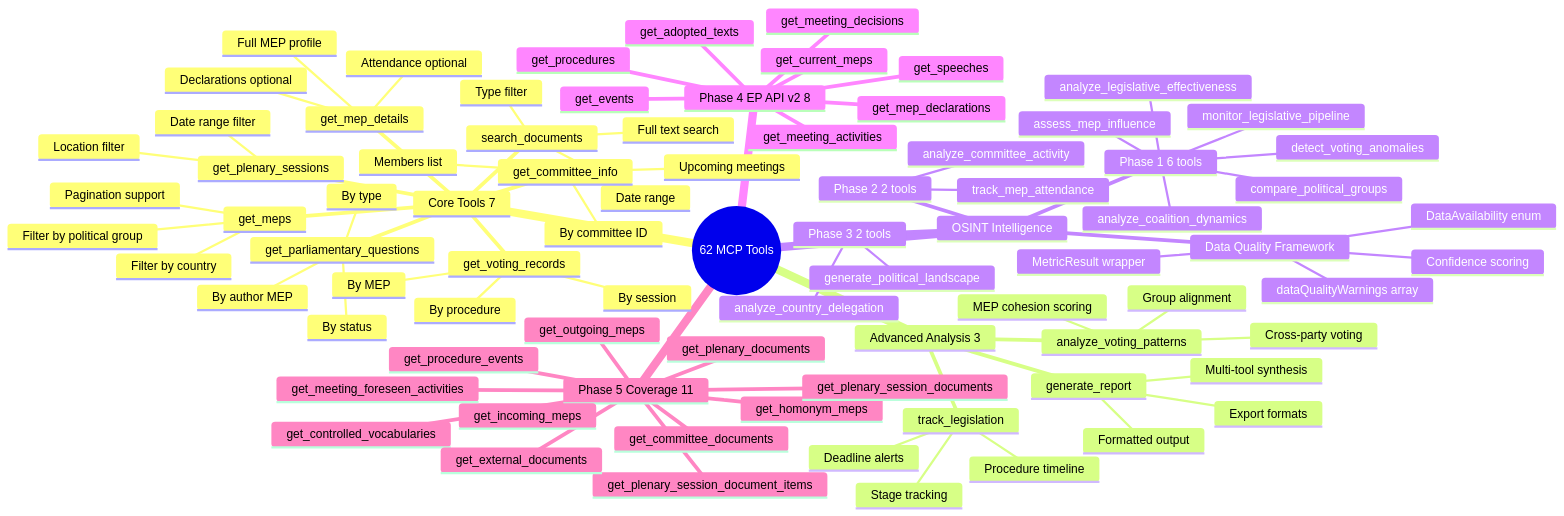
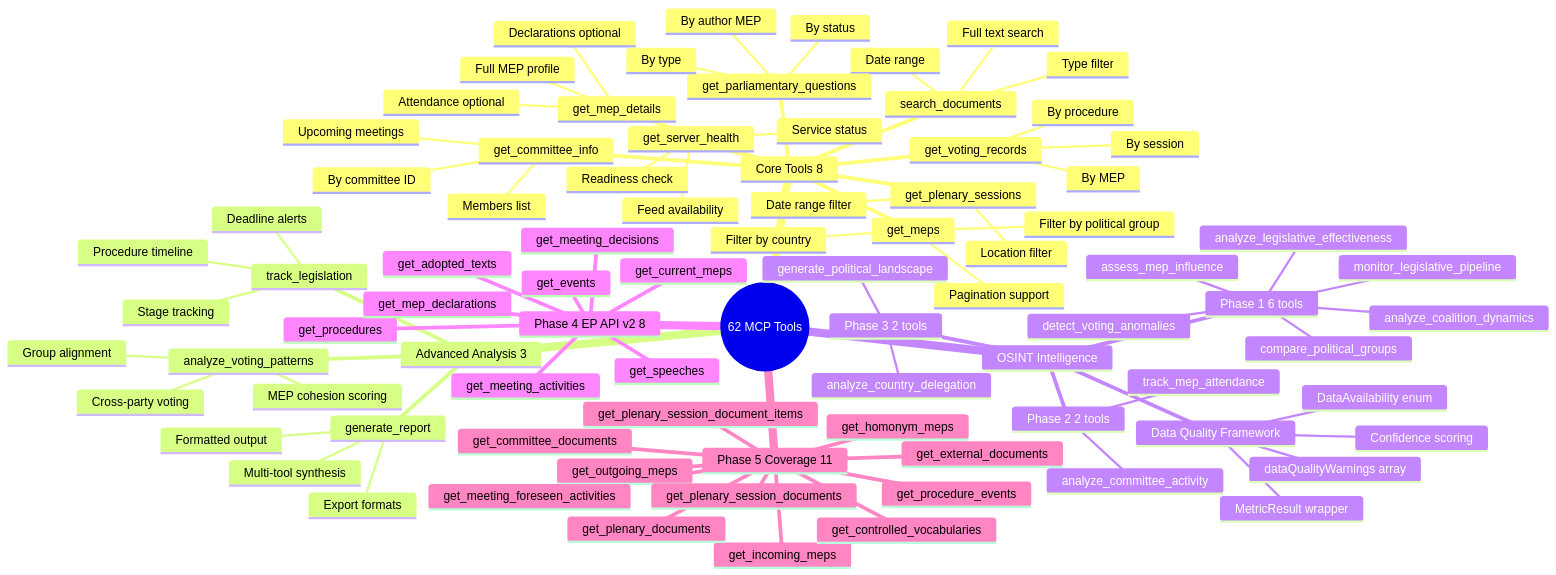
Before and after one commit to Hack23/European-Parliament-MCP-Server: the third of 5 diagrams in docs/api-markdown/_media/MINDMAP.md, drawn with Mermaid. The commit also changed 7 other files, not shown here.

First line of the commit message:
fix: address second review round - badges 61→62, Mermaid 4→3 advanced, mindmap core 7→8, ARCHITECTURE add get_server_health to core list, add lastAttempt field to API docs

````diff
--- a/docs/api-markdown/_media/MINDMAP.md
+++ b/docs/api-markdown/_media/MINDMAP.md
@@ -229,7 +229,7 @@
 ```mermaid
 mindmap
   root((62 MCP Tools))
-    Core Tools 7
+    Core Tools 8
       get_meps
         Filter by country
         Filter by political group
@@ -257,6 +257,10 @@
         By author MEP
         By type
         By status
+      get_server_health
+        Service status
+        Feed availability
+        Readiness check
     Advanced Analysis 3
       analyze_voting_patterns
         MEP cohesion scoring
````
